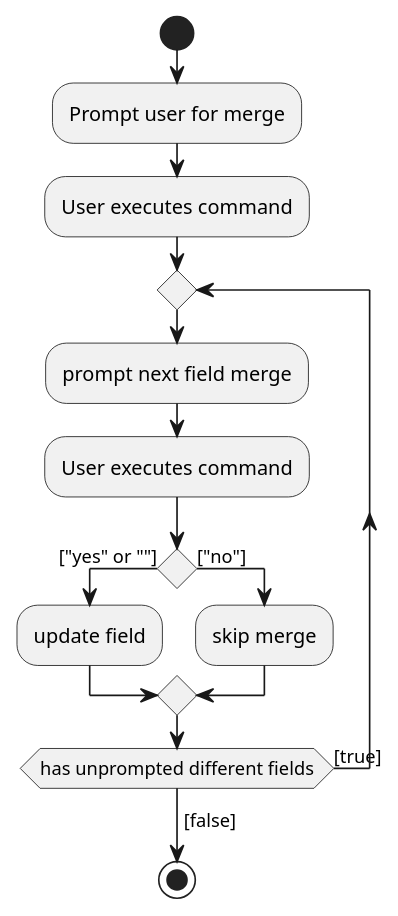
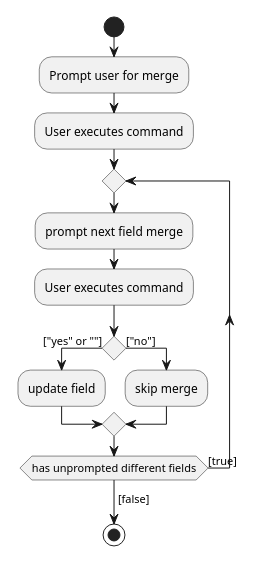
The diagram in docs/diagrams/MergeActivityDiagram.puml (nus-cs2103-AY1920S1/addressbook-level3), drawn with PlantUML before and after one commit. The commit also changed 1 other file, not shown here.

Commit message:
Scale down merge activity diagram size

```diff
--- a/docs/diagrams/MergeActivityDiagram.puml
+++ b/docs/diagrams/MergeActivityDiagram.puml
@@ -1,22 +1,24 @@
 @startuml
 start
+
+scale 0.6
 
 :Prompt user for merge;
 :User executes command;
 
 repeat
     :prompt next field merge;
     :User executes command;
     if () then (["yes" or ""])
 
     :update field;
 
     else (["no"])
 
     :skip merge;
 
     endif
 repeatwhile (has unprompted different fields) is ([true])
 -> [false];
 stop
 @enduml
```
